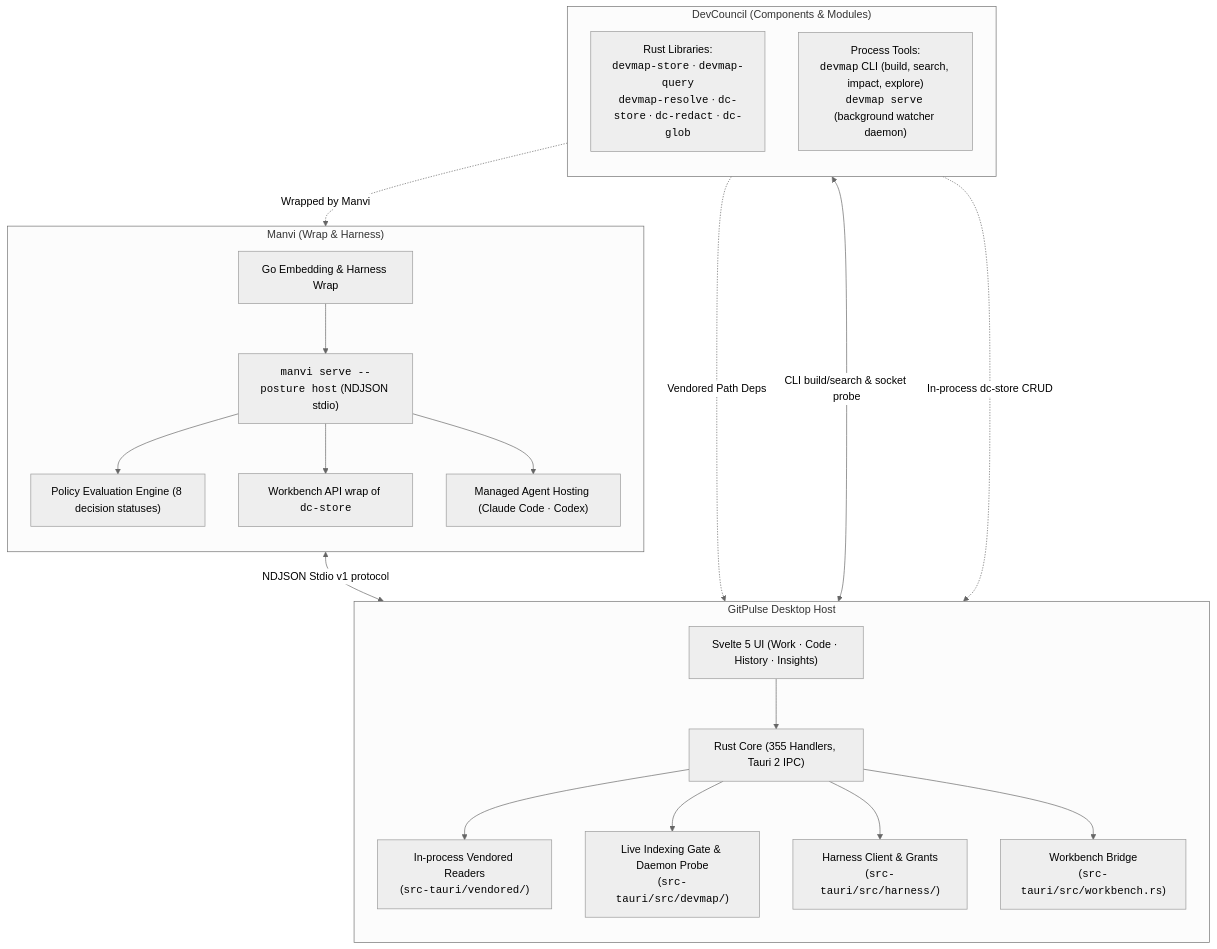
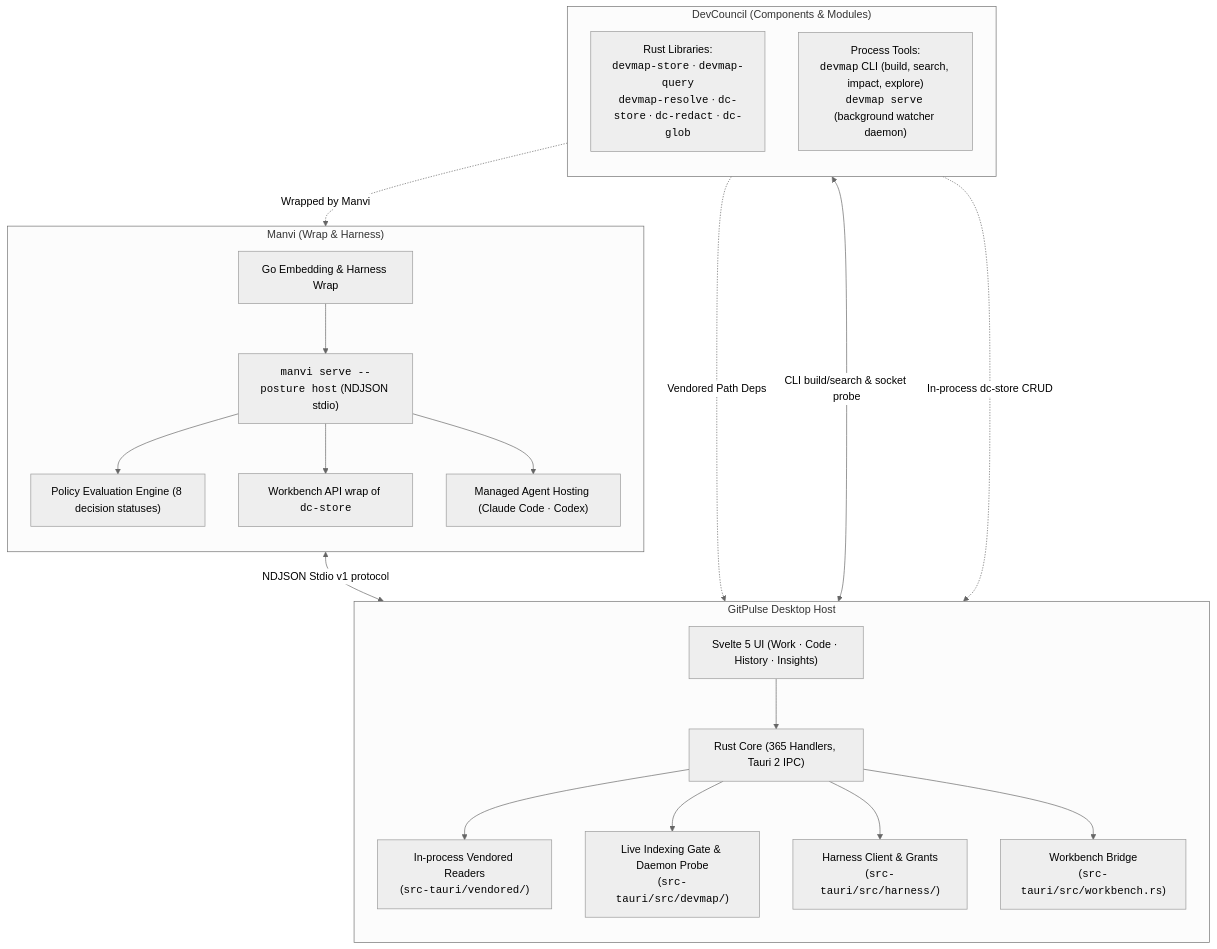
The first of 3 diagrams in docs/MODULE_INTEGRATION.md (bharathvbcr/GitPulse), drawn with Mermaid (neutral theme) before and after one commit. The commit also changed 4 other files, not shown here.

````diff
--- a/docs/MODULE_INTEGRATION.md
+++ b/docs/MODULE_INTEGRATION.md
@@ -40,43 +40,43 @@
 ```mermaid
 flowchart TD
     subgraph DevCouncil["DevCouncil (Components & Modules)"]
         direction TB
         DCLibs["Rust Libraries:<br/><code>devmap-store</code> · <code>devmap-query</code><br/><code>devmap-resolve</code> · <code>dc-store</code> · <code>dc-redact</code> · <code>dc-glob</code>"]
         DCCLI["Process Tools:<br/><code>devmap</code> CLI (build, search, impact, explore)<br/><code>devmap serve</code> (background watcher daemon)"]
     end
 
     subgraph Manvi["Manvi (Wrap & Harness)"]
         direction TB
         ManviWrap["Go Embedding & Harness Wrap"]
         ManviSidecar["<code>manvi serve --posture host</code> (NDJSON stdio)"]
         ManviPolicy["Policy Evaluation Engine (8 decision statuses)"]
         ManviWorkbench["Workbench API wrap of <code>dc-store</code>"]
         ManviAgents["Managed Agent Hosting (Claude Code · Codex)"]
         ManviWrap --> ManviSidecar
         ManviSidecar --> ManviPolicy
         ManviSidecar --> ManviWorkbench
         ManviSidecar --> ManviAgents
     end
 
     subgraph GitPulseHost["GitPulse Desktop Host"]
         direction TB
         UIHost["Svelte 5 UI (Work · Code · History · Insights)"]
-        RustIPC["Rust Core (355 Handlers, Tauri 2 IPC)"]
+        RustIPC["Rust Core (365 Handlers, Tauri 2 IPC)"]
         InProcessReaders["In-process Vendored Readers<br/>(<code>src-tauri/vendored/</code>)"]
         CLIGate["Live Indexing Gate & Daemon Probe<br/>(<code>src-tauri/src/devmap/</code>)"]
         HarnessClient["Harness Client & Grants<br/>(<code>src-tauri/src/harness/</code>)"]
         WorkbenchCmd["Workbench Bridge<br/>(<code>src-tauri/src/workbench.rs</code>)"]
 
         UIHost --> RustIPC
         RustIPC --> InProcessReaders
         RustIPC --> CLIGate
         RustIPC --> HarnessClient
         RustIPC --> WorkbenchCmd
     end
 
     DCLibs -.->|Vendored Path Deps| InProcessReaders
     DCCLI <-->|CLI build/search & socket probe| CLIGate
     DCLibs -.->|Wrapped by Manvi| ManviWorkbench
     ManviSidecar <-->|NDJSON Stdio v1 protocol| HarnessClient
     DCLibs -.->|In-process dc-store CRUD| WorkbenchCmd
 ```
````
